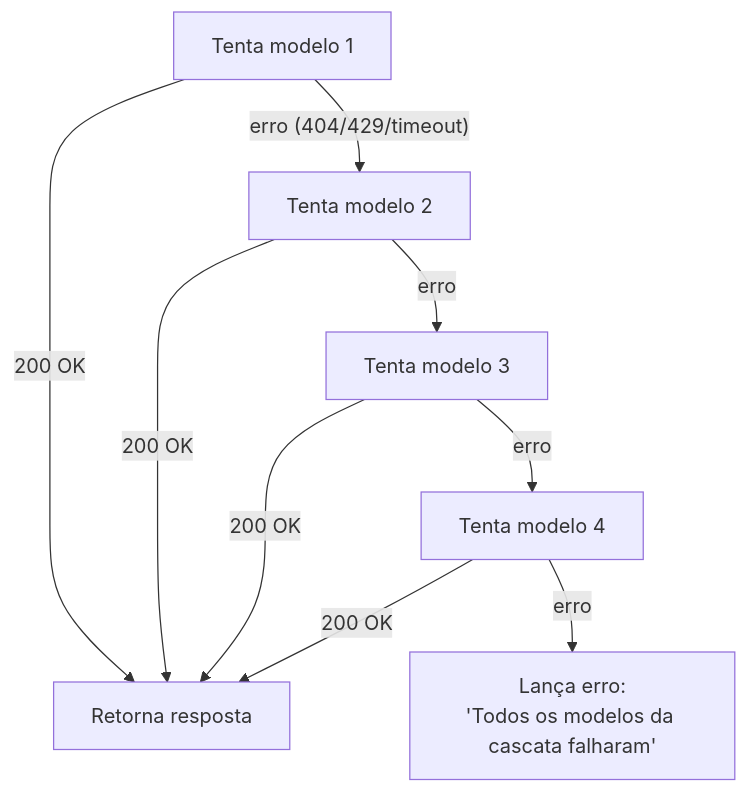
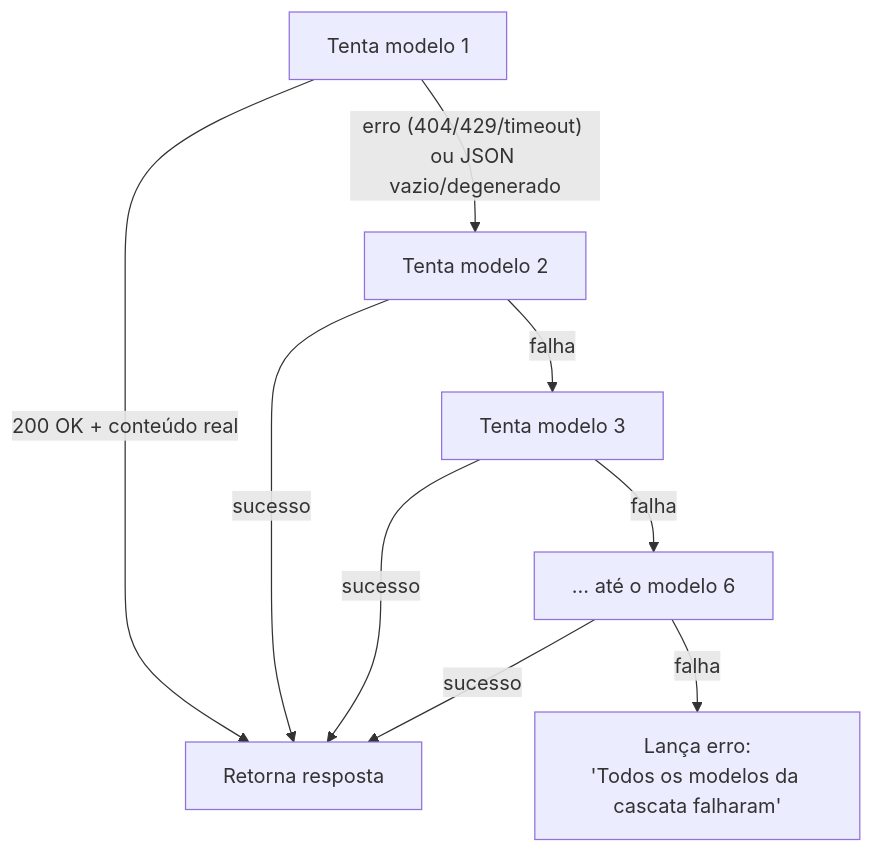
Before and after one commit to Nanashii76/PETSAUDE-chatbot: the diagram in docs-site/docs/modelos-ia.md, drawn with Mermaid. The commit also changed other lines of this file and 20 other files, not shown here.

````diff
--- a/docs-site/docs/modelos-ia.md
+++ b/docs-site/docs/modelos-ia.md
@@ -38,11 +49,11 @@
 ```mermaid
 flowchart TD
-  A["Tenta modelo 1"] -->|"200 OK"| S["Retorna resposta"]
-  A -->|"erro (404/429/timeout)"| B["Tenta modelo 2"]
-  B -->|"200 OK"| S
-  B -->|"erro"| C["Tenta modelo 3"]
-  C -->|"200 OK"| S
-  C -->|"erro"| D["Tenta modelo 4"]
-  D -->|"200 OK"| S
-  D -->|"erro"| E["Lança erro:<br/>'Todos os modelos da cascata falharam'"]
+  A["Tenta modelo 1"] -->|"200 OK + conteúdo real"| S["Retorna resposta"]
+  A -->|"erro (404/429/timeout) ou JSON vazio/degenerado"| B["Tenta modelo 2"]
+  B -->|"sucesso"| S
+  B -->|"falha"| C["Tenta modelo 3"]
+  C -->|"sucesso"| S
+  C -->|"falha"| D["... até o modelo 6"]
+  D -->|"sucesso"| S
+  D -->|"falha"| E["Lança erro:<br/>'Todos os modelos da cascata falharam'"]
 ```
````
